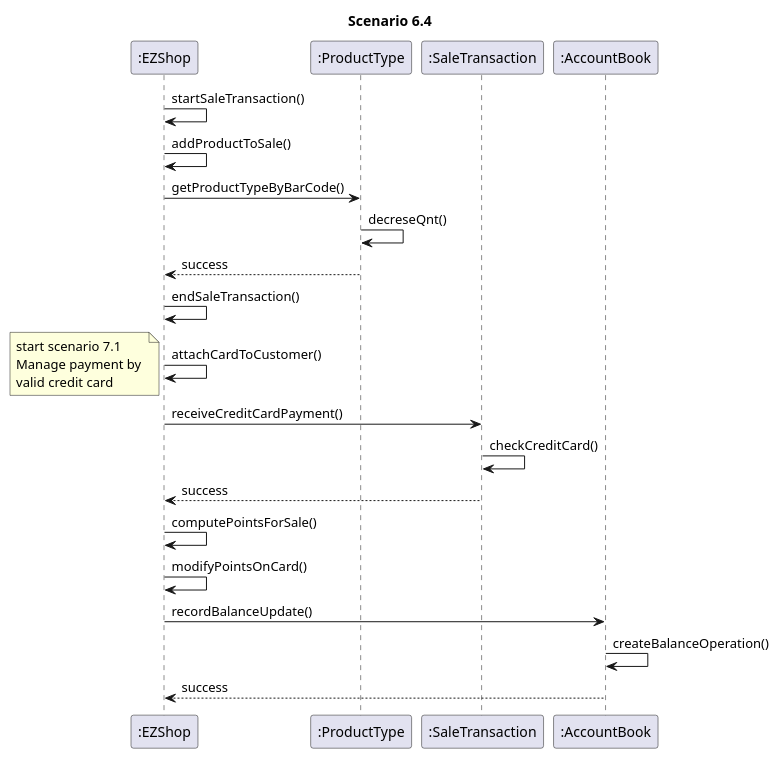
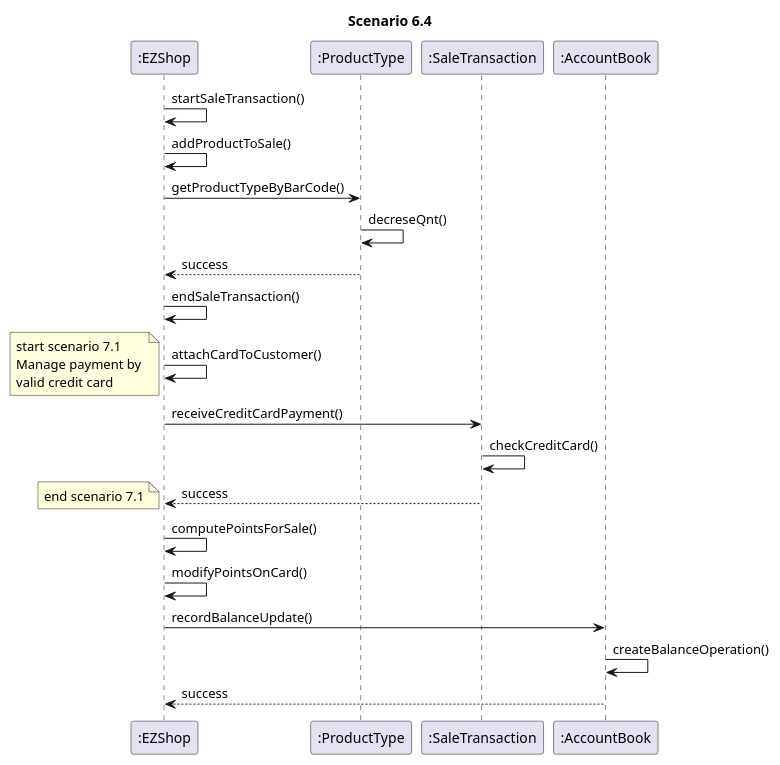
The ninth of 10 diagrams in Deliverables/DesignDocument.md (marco-ballario/EzShop), drawn with PlantUML before and after one commit.

Commit message:
docs: ending scenario 6.4

````diff
--- a/Deliverables/DesignDocument.md
+++ b/Deliverables/DesignDocument.md
@@ -333,23 +333,24 @@
 ```plantuml
 title Scenario 6.4
 ":EZShop" -> ":EZShop" : startSaleTransaction()
 ":EZShop" -> ":EZShop" : addProductToSale()
 ":EZShop" -> ":ProductType" : getProductTypeByBarCode()
 ":ProductType" -> ":ProductType" : decreseQnt()
 ":ProductType" --> ":EZShop" : success
 ":EZShop" -> ":EZShop" : endSaleTransaction()
 ":EZShop" -> ":EZShop" : attachCardToCustomer()
 note left
 start scenario 7.1 
 Manage payment by 
 valid credit card
 end note
 ":EZShop" -> ":SaleTransaction" : receiveCreditCardPayment()
 ":SaleTransaction" -> ":SaleTransaction" : checkCreditCard()
 ":SaleTransaction" --> ":EZShop" : success
+note left: end scenario 7.1
 ":EZShop" -> ":EZShop" : computePointsForSale()
 ":EZShop" -> ":EZShop" : modifyPointsOnCard()
 ":EZShop" -> ":AccountBook" : recordBalanceUpdate()
 ":AccountBook" -> ":AccountBook" : createBalanceOperation()
 ":AccountBook" --> ":EZShop" : success
 ```
````
